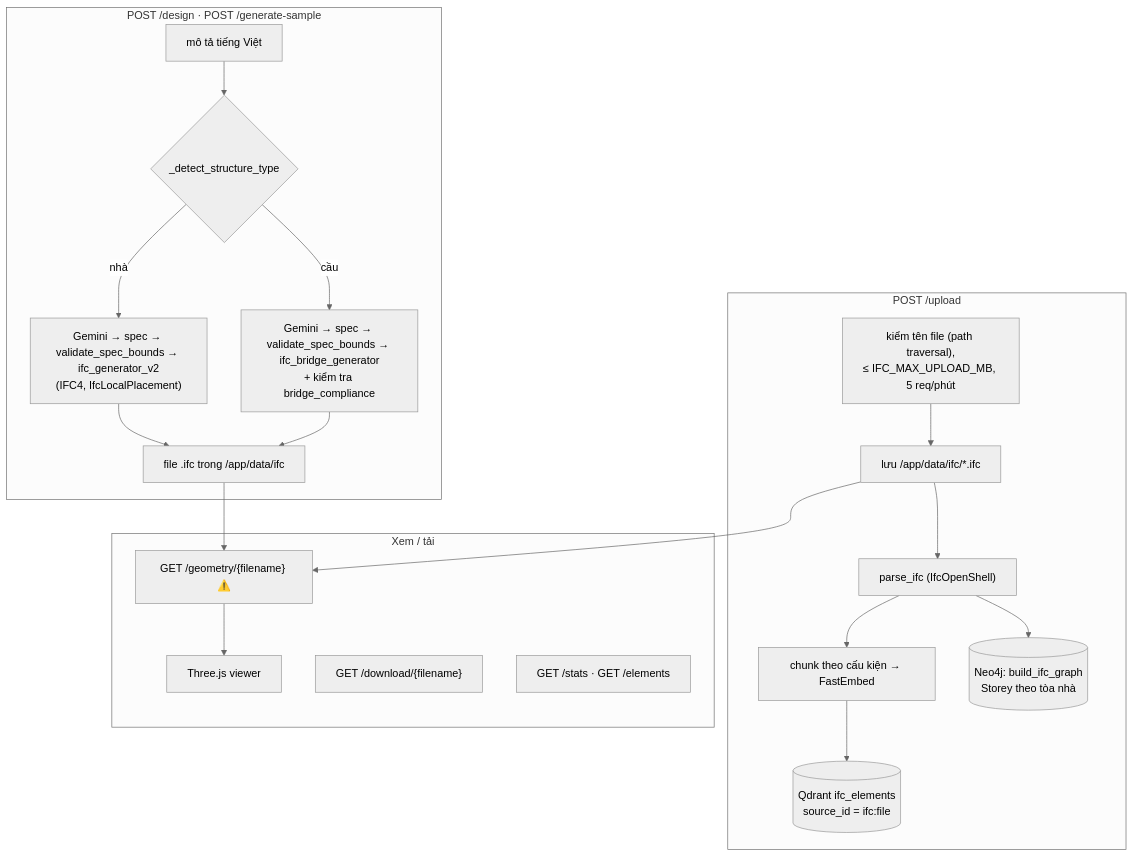
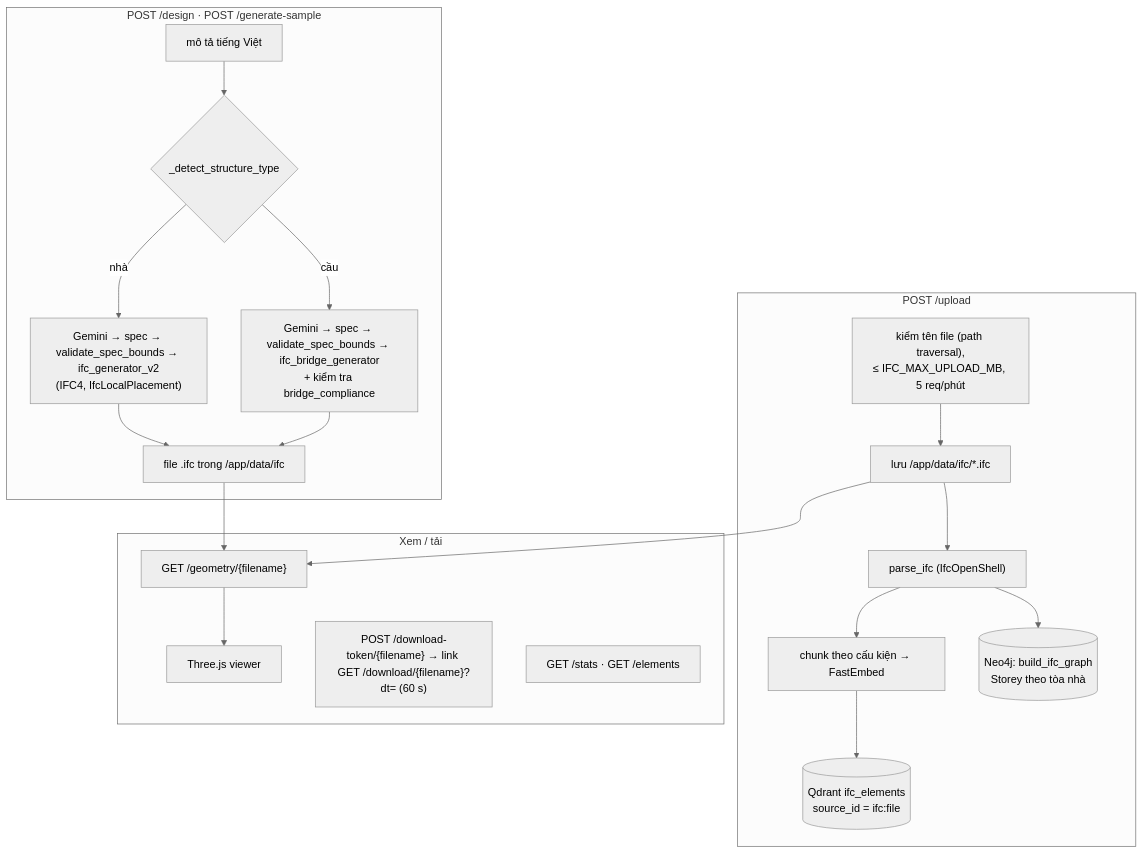
Before and after one commit to NhanNHSE/bim-agent: the third of 5 diagrams in docs/ARCHITECTURE.md, drawn with Mermaid (neutral theme). The commit also changed other lines of this file and 14 other files, not shown here.

First line of the commit message:
fix: IFC download link, nginx upload limit, client IP behind proxy, error leaks

````diff
--- a/docs/ARCHITECTURE.md
+++ b/docs/ARCHITECTURE.md
@@ -83,24 +83,24 @@
 ```mermaid
 flowchart TD
     subgraph up["POST /upload"]
         U1["kiểm tên file (path traversal),<br/>≤ IFC_MAX_UPLOAD_MB, 5 req/phút"] --> U2["lưu /app/data/ifc/*.ifc"]
         U2 --> U3["parse_ifc (IfcOpenShell)"]
         U3 --> U4["chunk theo cấu kiện → FastEmbed"]
         U4 --> U5[("Qdrant ifc_elements<br/>source_id = ifc:file")]
         U3 --> U6[("Neo4j: build_ifc_graph<br/>Storey theo tòa nhà")]
     end
     subgraph de["POST /design · POST /generate-sample"]
         D1["mô tả tiếng Việt"] --> D2{"_detect_structure_type"}
         D2 -->|nhà| D3["Gemini → spec → validate_spec_bounds → ifc_generator_v2<br/>(IFC4, IfcLocalPlacement)"]
         D2 -->|cầu| D4["Gemini → spec → validate_spec_bounds → ifc_bridge_generator<br/>+ kiểm tra bridge_compliance"]
         D3 --> D5["file .ifc trong /app/data/ifc"]
         D4 --> D5
     end
     subgraph view["Xem / tải"]
-        V1["GET /geometry/{filename} ⚠️"] --> V2["Three.js viewer"]
-        V3["GET /download/{filename}"]
+        V1["GET /geometry/{filename}"] --> V2["Three.js viewer"]
+        V3["POST /download-token/{filename} → link GET /download/{filename}?dt= (60 s)"]
         V4["GET /stats · GET /elements"]
     end
     D5 --> V1
     U2 --> V1
 ```
````
